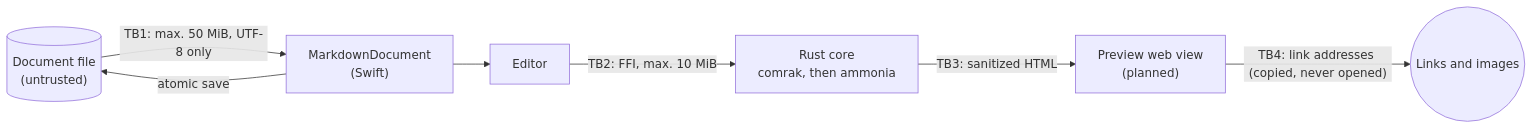
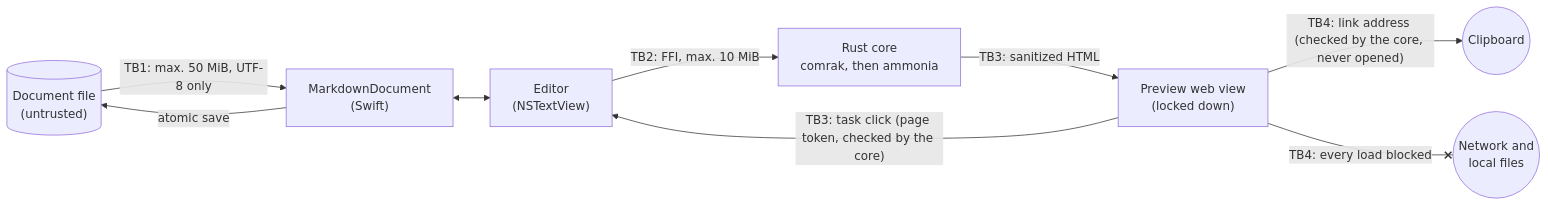
The diagram in docs/security/threat-model.md (droczy/markdown-editor), drawn with Mermaid before and after one commit. The commit also changed other lines of this file and 7 other files, not shown here.

````diff
--- a/docs/security/threat-model.md
+++ b/docs/security/threat-model.md
@@ -20,16 +23,19 @@
 ```mermaid
 flowchart LR
     file[("Document file<br/>(untrusted)")]
     doc["MarkdownDocument<br/>(Swift)"]
-    editor["Editor"]
+    editor["Editor<br/>(NSTextView)"]
     core["Rust core<br/>comrak, then ammonia"]
-    preview["Preview web view<br/>(planned)"]
-    outside(("Links and images"))
+    preview["Preview web view<br/>(locked down)"]
+    clipboard(("Clipboard"))
+    network(("Network and<br/>local files"))
 
     file -- "TB1: max. 50 MiB, UTF-8 only" --> doc
     doc -- "atomic save" --> file
-    doc --> editor
+    doc <--> editor
     editor -- "TB2: FFI, max. 10 MiB" --> core
     core -- "TB3: sanitized HTML" --> preview
-    preview -- "TB4: link addresses (copied, never opened)" --> outside
+    preview -- "TB3: task click (page token, checked by the core)" --> editor
+    preview -- "TB4: link address (checked by the core, never opened)" --> clipboard
+    preview -- "TB4: every load blocked" --x network
 ```
````
